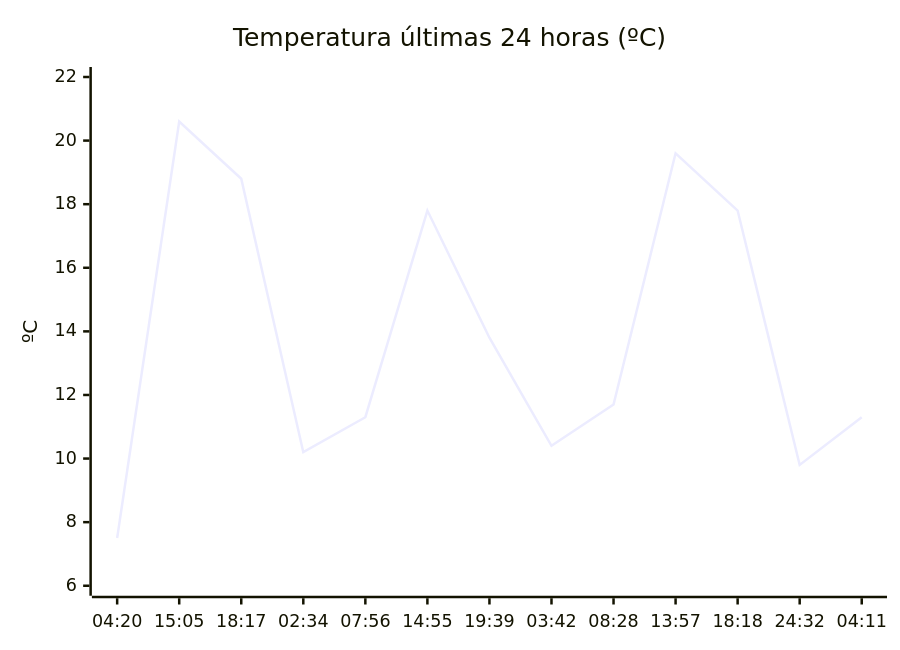
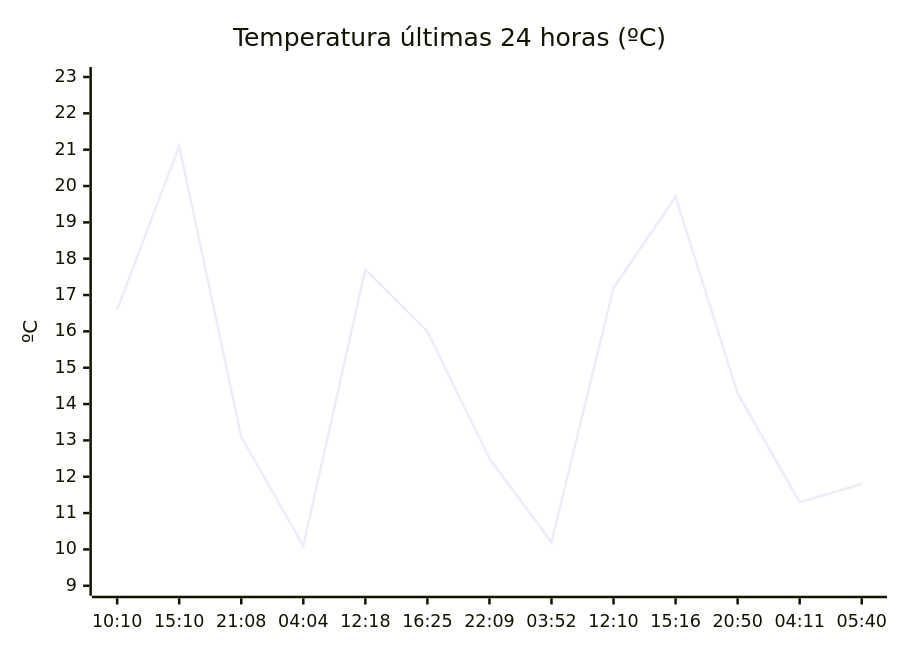
Before and after one commit to solidsnk86/rem-scrap: the diagram in README.md, drawn with Mermaid. The commit also changed other lines of this file, not shown here.

````diff
--- a/README.md
+++ b/README.md
@@ -28,7 +28,7 @@
 ```mermaid
 xychart-beta
     title "Temperatura últimas 24 horas (ºC)"
-    x-axis ["04:20", "15:05", "18:17", "02:34", "07:56", "14:55", "19:39", "03:42", "08:28", "13:57", "18:18", "24:32", "04:11"]
-    y-axis "ºC" 6 --> 22
-    line [7.5, 20.6, 18.8, 10.2, 11.3, 17.8, 13.8, 10.4, 11.7, 19.6, 17.8, 9.8, 11.3]
+    x-axis ["10:10", "15:10", "21:08", "04:04", "12:18", "16:25", "22:09", "03:52", "12:10", "15:16", "20:50", "04:11", "05:40"]
+    y-axis "ºC" 9 --> 23
+    line [16.6, 21.1, 13.1, 10.1, 17.7, 16, 12.5, 10.2, 17.2, 19.7, 14.3, 11.3, 11.8]
 ```
````
